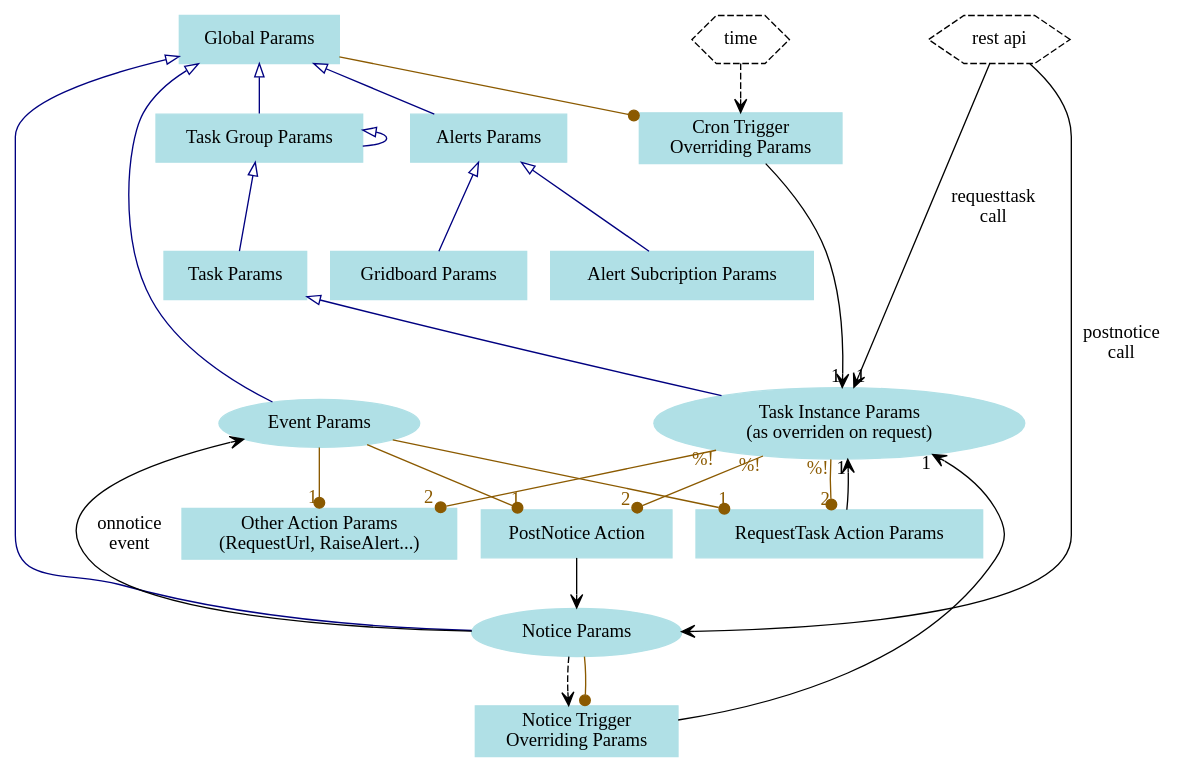
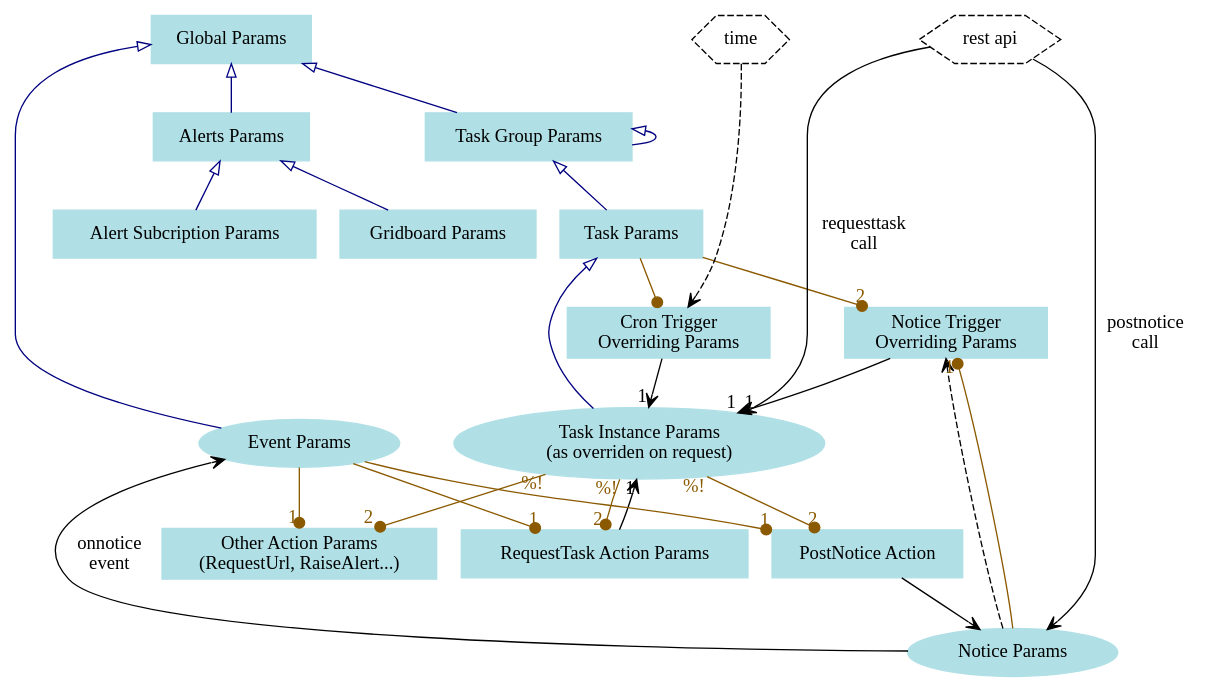
One commit to g76r/libqron changed the diagram in doc/paramset_hierarchy.dot. Above: the diagram before and after it, drawn with Graphviz. The commit also changed 25 other files, not shown here.

```diff
--- a/doc/paramset_hierarchy.dot
+++ b/doc/paramset_hierarchy.dot
@@ -1,71 +1,71 @@
 graph g {
 
 // configuration objects carrying params
 node [shape=box,style=filled,color=powderblue]
 global [label="Global Params"]
 { rank=min; global } // sticked at the top
 taskgroup [label="Task Group Params"]
 task [label="Task Params"]
 noticetrigger [label="Notice Trigger\nOverriding Params"]
 crontrigger [label="Cron Trigger\nOverriding Params"]
 requesttaskaction [label="RequestTask Action Params"]
 postnoticeaction [label="PostNotice Action"]
 otheraction [label="Other Action Params\n(RequestUrl, RaiseAlert...)"]
 alerts [label="Alerts Params"]
 //webconsole [label="Web Console Params"]
 alertsub [label="Alert Subcription Params"]
 gridboard [label="Gridboard Params"]
 
 // runtime objects carrying params
 node [shape=ellipse]
 taskinstance [label="Task Instance Params\n(as overriden on request)"]
 event [label="Event Params"]
 notice [label="Notice Params"]
 { rank=same; event; taskinstance } // hint to avoid layouts with notice above event
 
 // actors
 node [shape=hexagon,style=dashed,color=""]
 restapi [label="REST API"]
 time [label="time"]
 { rank=min; restapi; time; } // sticked at the top
 
 // ParamSet inheritage (mostly in configuration)
 edge [dir=back,arrowtail=onormal,color=navy,fontcolor=navy]
 global -- taskgroup -- taskgroup -- task
 task -- taskinstance
 global -- event
-global -- notice
 global -- alerts -- alertsub
 alerts -- gridboard
 //global -- webconsole
 
 // parameter injection at runtime
 edge [dir=forward,arrowhead=vee,color=black,fontcolor=black]
 crontrigger -- taskinstance [headlabel=1]
 noticetrigger -- taskinstance [headlabel=1]
 notice -- event [label="onnotice\nevent"]
 restapi [label="rest api"]
 restapi -- notice [label="postnotice\ncall"]
 requesttaskaction -- taskinstance [headlabel=1]
 postnoticeaction -- notice
 restapi -- taskinstance [label="requesttask\ncall",headlabel=1]
 
 // triggering w/o params
 time -- crontrigger [style=dashed]
 notice -- noticetrigger [style=dashed]
 
 // context for parameters evaluation
 edge [dir=forward,arrowhead=dot,color=orange4,fontcolor=orange4]
-notice -- noticetrigger
-global -- crontrigger
+notice -- noticetrigger [headlabel=1]
+task -- noticetrigger [headlabel=2]
+task -- crontrigger
 // note: taskinstance -- xxxaction edges make only sense when the event occurs
 //       within a task
 // note: taskinstance -- xxxaction edges only give visibility taskinstance %!
 //        params, not taskinstance's params being them overriden or not
 event -- requesttaskaction [headlabel=1]
 taskinstance -- requesttaskaction [taillabel="%!",headlabel=2]
 event -- postnoticeaction [headlabel=1]
 taskinstance -- postnoticeaction [taillabel="%!",headlabel=2]
 event -- otheraction [headlabel=1]
 taskinstance -- otheraction [taillabel="%!",headlabel=2]
 }
```
